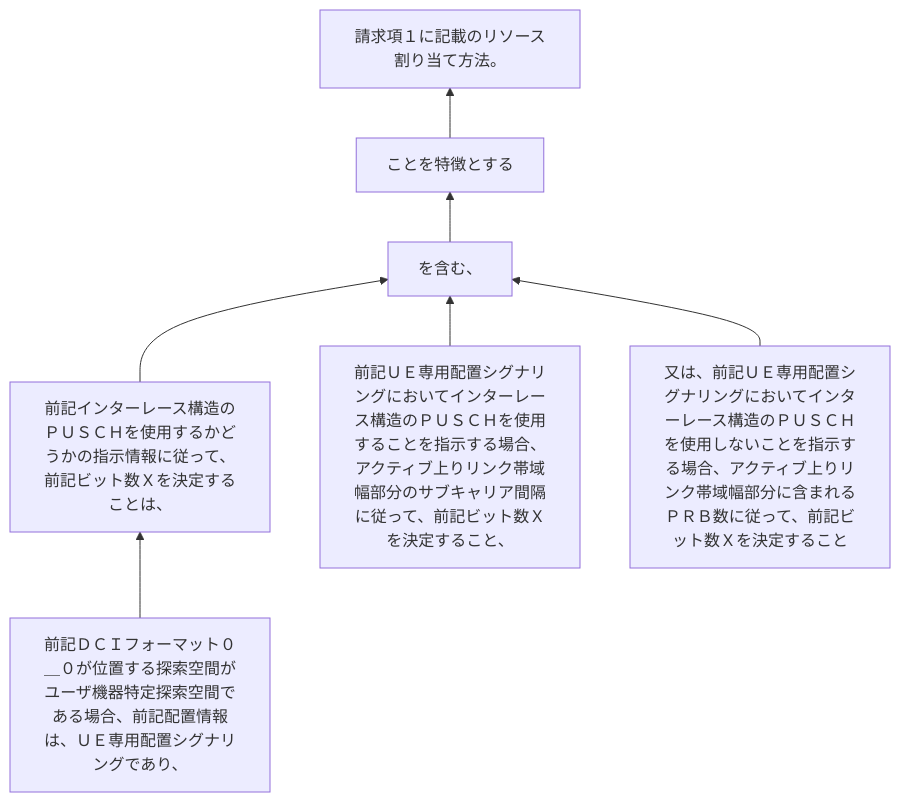
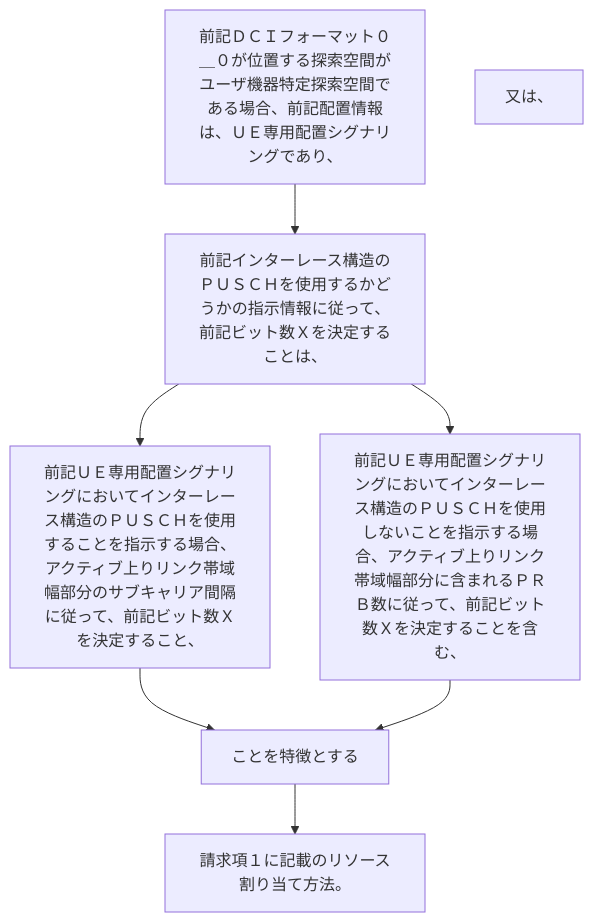
Before and after one commit to shinmori55/patent_analyzed: the diagram in 2024/JP2024029186A/claim_7/README.md, drawn with Mermaid. The commit also changed 336 other files, not shown here.

````diff
--- a/2024/JP2024029186A/claim_7/README.md
+++ b/2024/JP2024029186A/claim_7/README.md
@@ -6,16 +6,16 @@
 ```mermaid
-flowchart BT
+flowchart TD
 A[前記ＤＣＩフォーマット０＿０が位置する探索空間がユーザ機器特定探索空間である場合、前記配置情報は、ＵＥ専用配置シグナリングであり、]
 B[前記インターレース構造のＰＵＳＣＨを使用するかどうかの指示情報に従って、前記ビット数Ｘを決定することは、]
 C[前記ＵＥ専用配置シグナリングにおいてインターレース構造のＰＵＳＣＨを使用することを指示する場合、アクティブ上りリンク帯域幅部分のサブキャリア間隔に従って、前記ビット数Ｘを決定すること、]
-D[又は、前記ＵＥ専用配置シグナリングにおいてインターレース構造のＰＵＳＣＨを使用しないことを指示する場合、アクティブ上りリンク帯域幅部分に含まれるＰＲＢ数に従って、前記ビット数Ｘを決定すること]
-E[を含む、]
+D[又は、]
+E[前記ＵＥ専用配置シグナリングにおいてインターレース構造のＰＵＳＣＨを使用しないことを指示する場合、アクティブ上りリンク帯域幅部分に含まれるＰＲＢ数に従って、前記ビット数Ｘを決定することを含む、]
 F[ことを特徴とする]
 G[請求項１に記載のリソース割り当て方法。]
 A --> B
+B --> C
 B --> E
-C --> E
-D --> E
+C --> F
 E --> F
 F --> G
 ```
````
